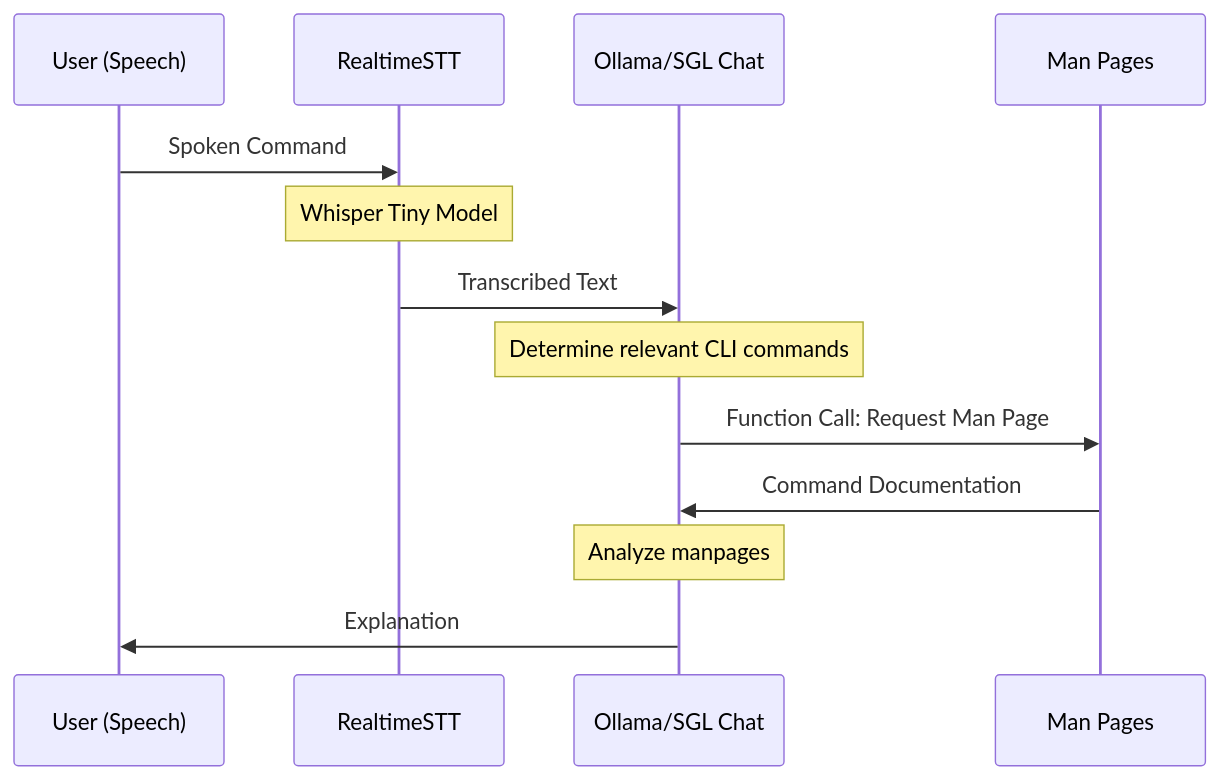
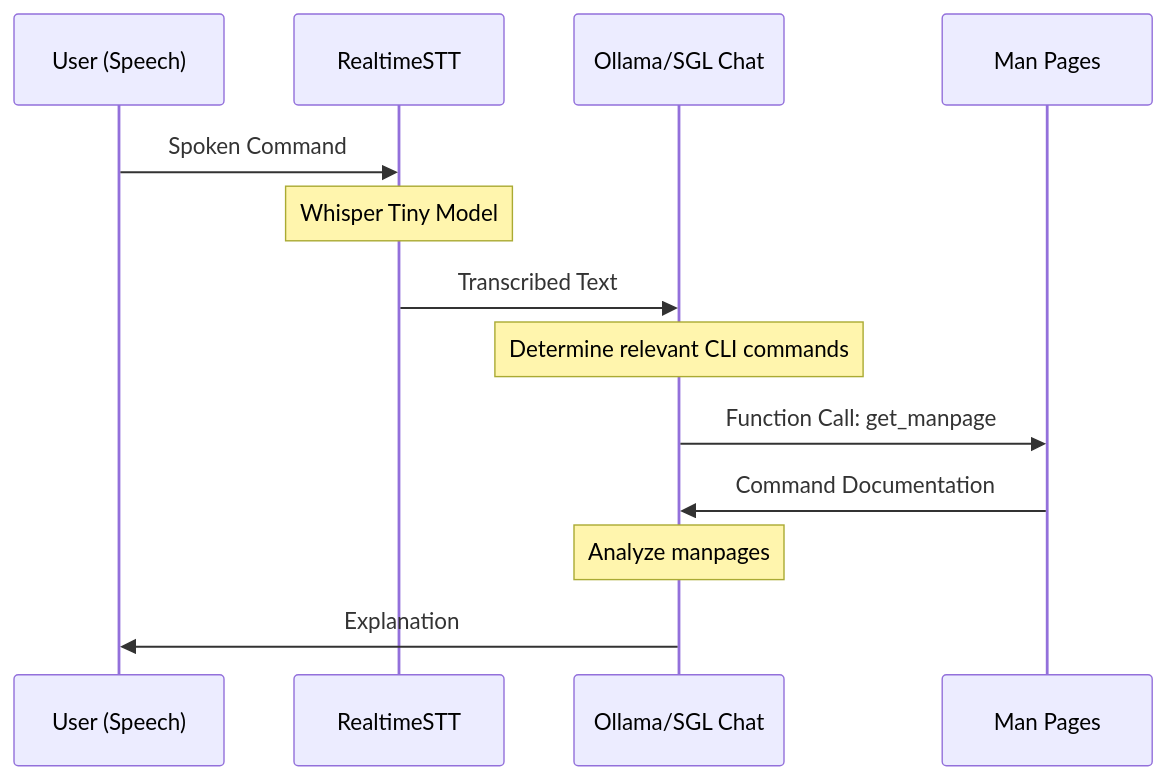
Before and after one commit to ownage-labs/cerebrosonic-navigator: the diagram in README.md, drawn with Mermaid. The commit also changed other lines of this file, not shown here.

Commit message:
added sequence diagram

````diff
--- a/README.md
+++ b/README.md
@@ -13,18 +13,18 @@
 ```mermaid
 sequenceDiagram
     participant User as User (Speech)
     participant STT as RealtimeSTT
     participant LLM as Ollama/SGL Chat
     participant Man as Man Pages
 
 
     User->>STT: Spoken Command
     Note over STT: Whisper Tiny Model
     STT->>LLM: Transcribed Text
     Note over LLM: Determine relevant CLI commands
-    LLM->>Man: Function Call: Request Man Page
+    LLM->>Man: Function Call: get_manpage
     Man->>LLM: Command Documentation
     Note over LLM: Analyze manpages
     LLM->>User: Explanation
 
 ```
````
